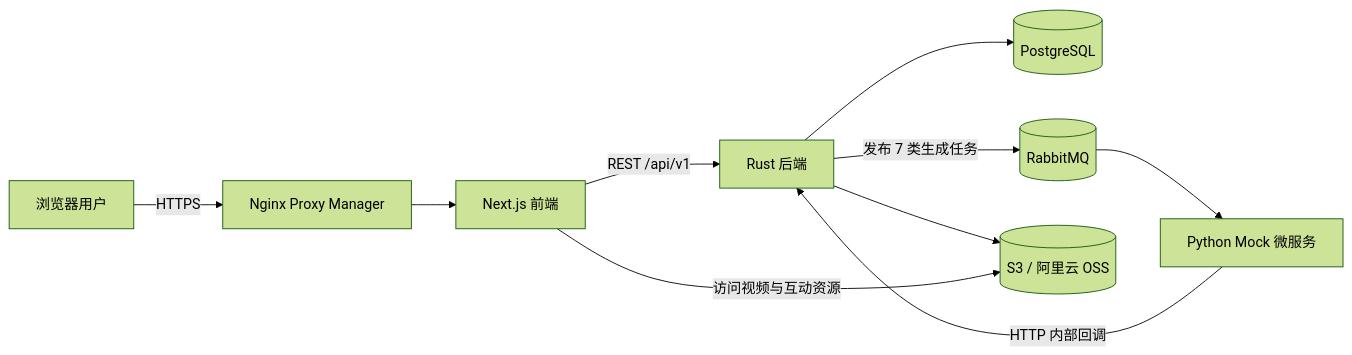
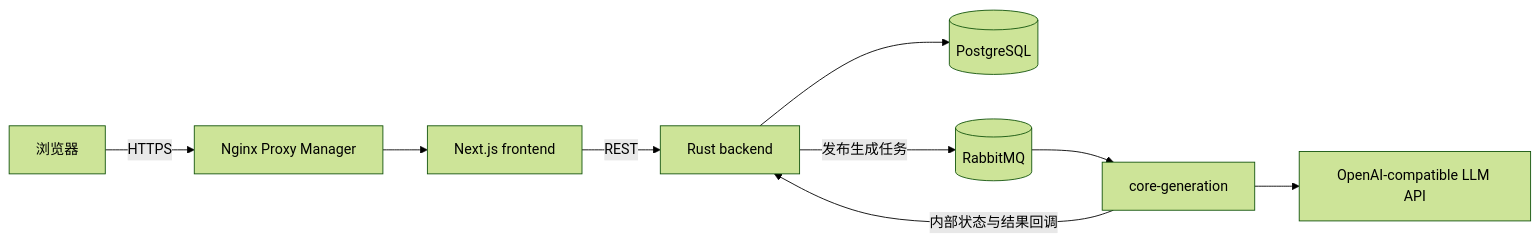
Before and after one commit to wcxxx57/Software-Engineering: the diagram in README.md, drawn with Mermaid (forest theme). The commit also changed other lines of this file and 77 other files, not shown here.

````diff
--- a/README.md
+++ b/README.md
@@ -22,12 +30,11 @@
 ```mermaid
 flowchart LR
-    U[浏览器用户] -->|HTTPS| NPM[Nginx Proxy Manager]
-    NPM --> FE[Next.js 前端]
-    FE -->|REST /api/v1| BE[Rust 后端]
-    BE --> PG[(PostgreSQL)]
-    BE -->|发布 7 类生成任务| MQ[(RabbitMQ)]
-    MQ --> MOCK[Python Mock 微服务]
-    MOCK -->|HTTP 内部回调| BE
-    BE --> OSS[(S3 / 阿里云 OSS)]
-    FE -->|访问视频与互动资源| OSS
+    U["浏览器"] -->|"HTTPS"| NPM["Nginx Proxy Manager"]
+    NPM --> FE["Next.js frontend"]
+    FE -->|"REST"| BE["Rust backend"]
+    BE --> PG[("PostgreSQL")]
+    BE -->|"发布生成任务"| MQ[("RabbitMQ")]
+    MQ --> CORE["core-generation"]
+    CORE --> LLM["OpenAI-compatible LLM API"]
+    CORE -->|"内部状态与结果回调"| BE
 ```
````
